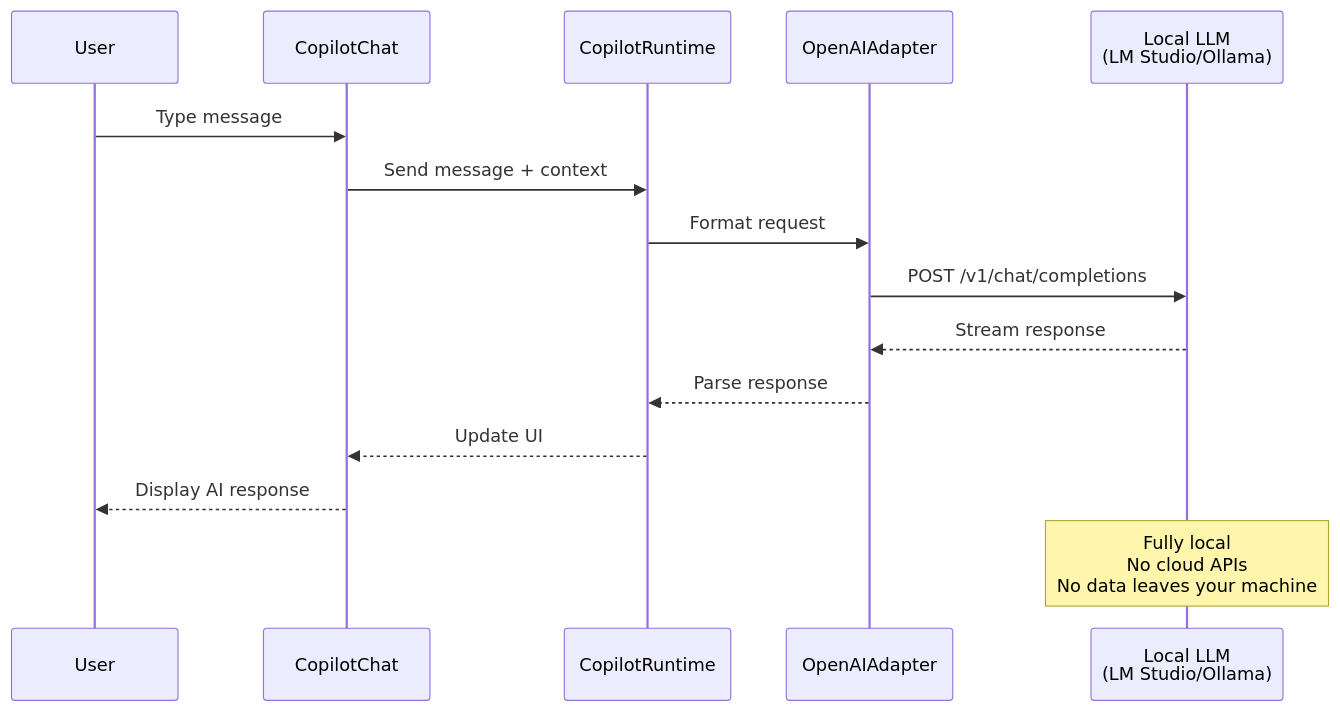
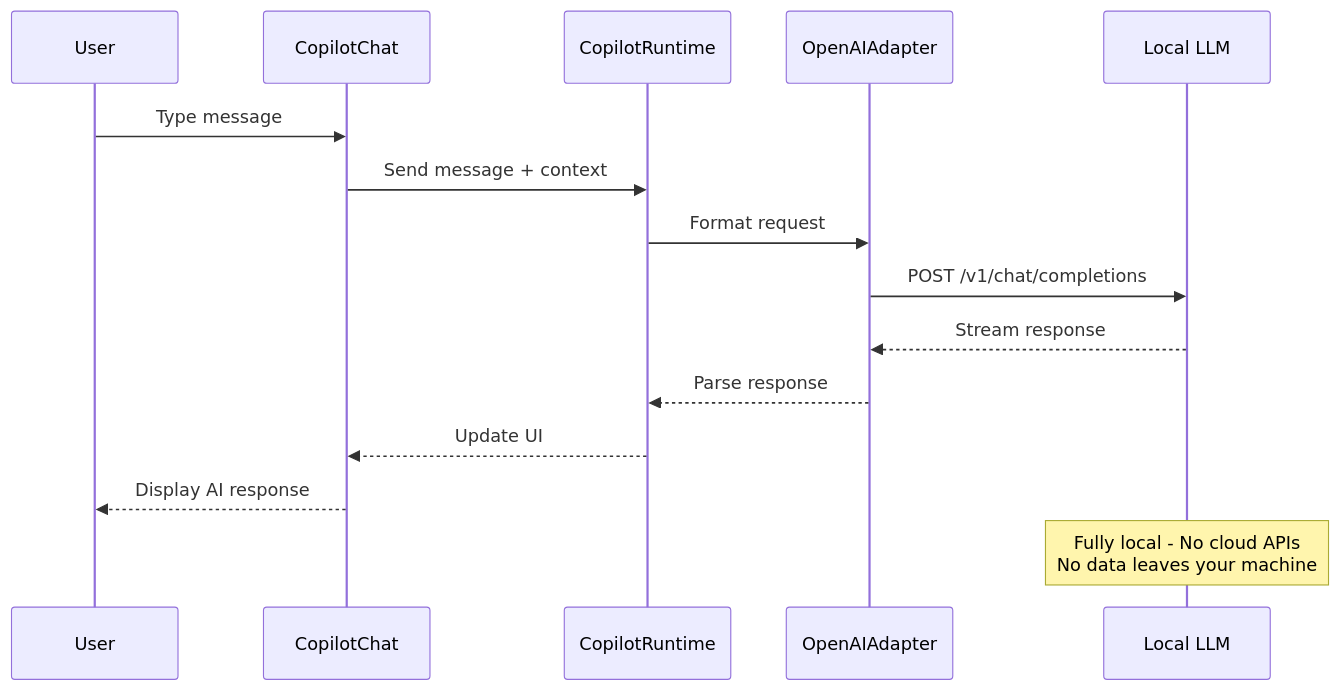
One commit to mossy-glenn-bah/copilotkit-quickstart changed the second of 3 diagrams in README.md. Above: the diagram before and after it, drawn with Mermaid. The commit also changed other lines of this file, not shown here.

First line of the commit message:
Fix mermaid diagram syntax errors in README

````diff
--- a/README.md
+++ b/README.md
@@ -87,19 +87,19 @@
 ```mermaid
 sequenceDiagram
     participant User
     participant CopilotChat
     participant Runtime as CopilotRuntime
     participant Adapter as OpenAIAdapter
-    participant LLM as Local LLM<br/>(LM Studio/Ollama)
+    participant LLM as Local LLM
     
     User->>CopilotChat: Type message
     CopilotChat->>Runtime: Send message + context
     Runtime->>Adapter: Format request
     Adapter->>LLM: POST /v1/chat/completions
     LLM-->>Adapter: Stream response
     Adapter-->>Runtime: Parse response
     Runtime-->>CopilotChat: Update UI
     CopilotChat-->>User: Display AI response
     
-    Note over LLM: Fully local<br/>No cloud APIs<br/>No data leaves your machine
+    Note over LLM: Fully local - No cloud APIs<br/>No data leaves your machine
 ```
````
